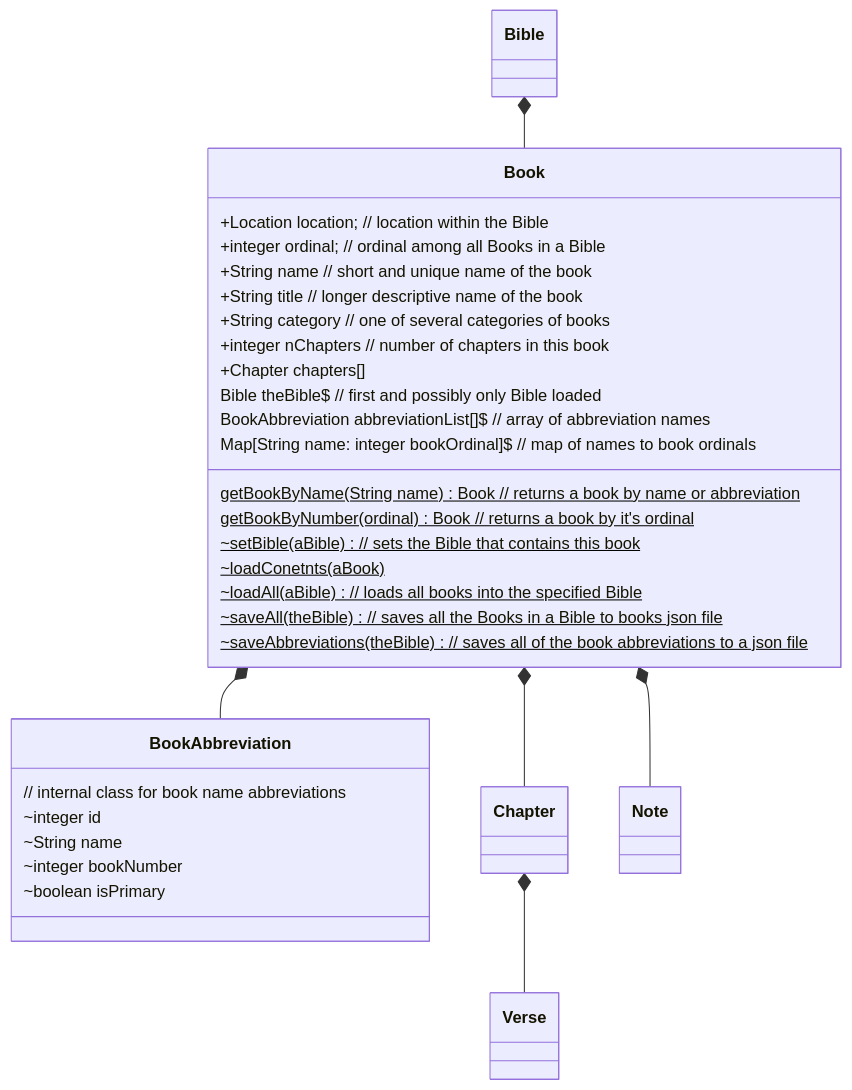
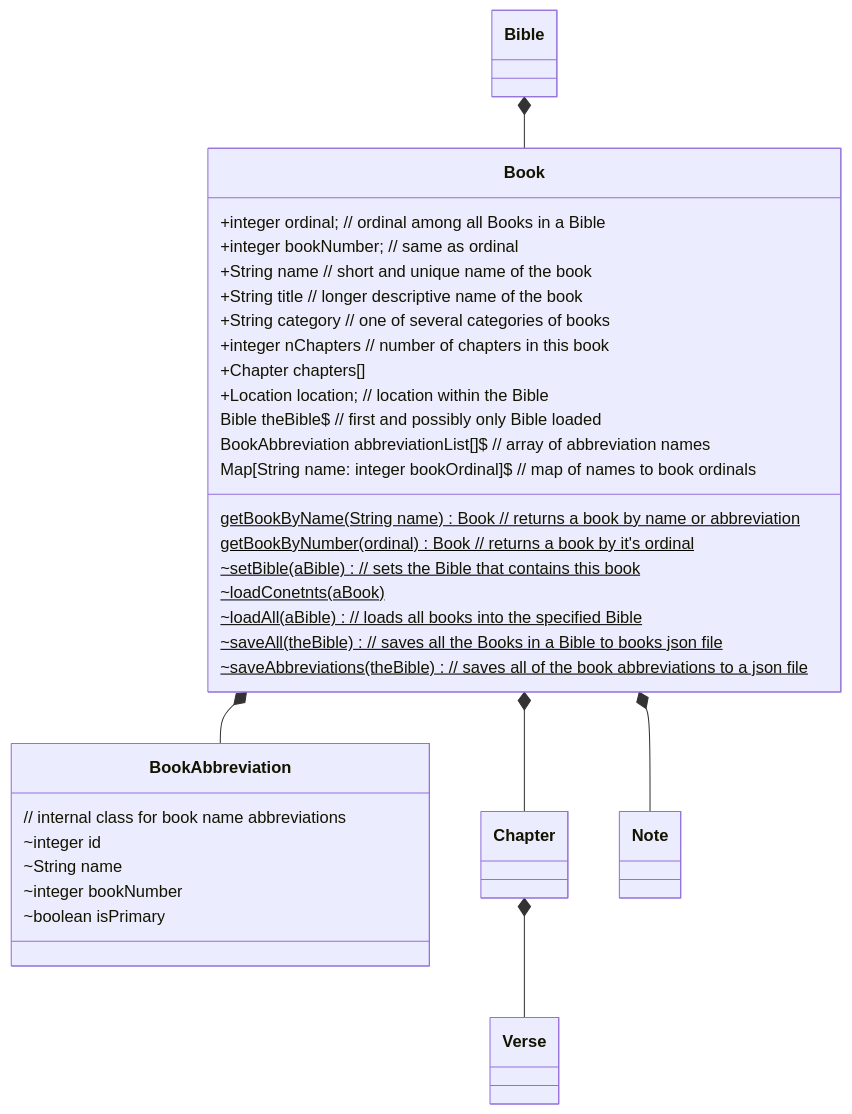
One commit to MichaelKentBurns/BibleModel changed the diagram in ObjectModel/Book.md. Above: the diagram before and after it, drawn with Mermaid. The commit also changed 14 other files, not shown here.

Commit message:
book.html defaultBible book-abbreviations versions

````diff
--- a/ObjectModel/Book.md
+++ b/ObjectModel/Book.md
@@ -21,33 +21,34 @@
  ```mermaid
  classDiagram
   class BookAbbreviation {     // internal class for book name abbreviations
          ~integer id
          ~String name
          ~integer bookNumber
          ~boolean isPrimary
  }
  Book *-- BookAbbreviation
   class Book {
-             +Location location;   // location within the Bible
              +integer ordinal;     // ordinal among all Books in a Bible
+             +integer bookNumber;   // same as ordinal
              +String name  // short and unique name of the book
              +String title  // longer descriptive name of the book
              +String category  // one of several categories of books
              +integer nChapters  // number of chapters in this book
              +Chapter chapters[]
+             +Location location;   // location within the Bible
      Bible theBible$   // first and possibly only Bible loaded
      BookAbbreviation abbreviationList[]$   // array of abbreviation names
      Map[String name: integer bookOrdinal]$   // map of names to book ordinals
      getBookByName(String name)$ Book   // returns a book by name or abbreviation
      getBookByNumber(ordinal)$ Book   // returns a book by it's ordinal
      ~setBible(aBible)$   // sets the Bible that contains this book
      ~loadConetnts(aBook)$   
      ~loadAll(aBible)$   // loads all books into the specified Bible
      ~saveAll(theBible)$   // saves all the Books in a Bible to books json file
      ~saveAbbreviations(theBible)$   // saves all of the book abbreviations to a json file
  }
  Bible *-- Book
  Book *-- Chapter
  Chapter *-- Verse
  Book *-- Note
  ```
````
